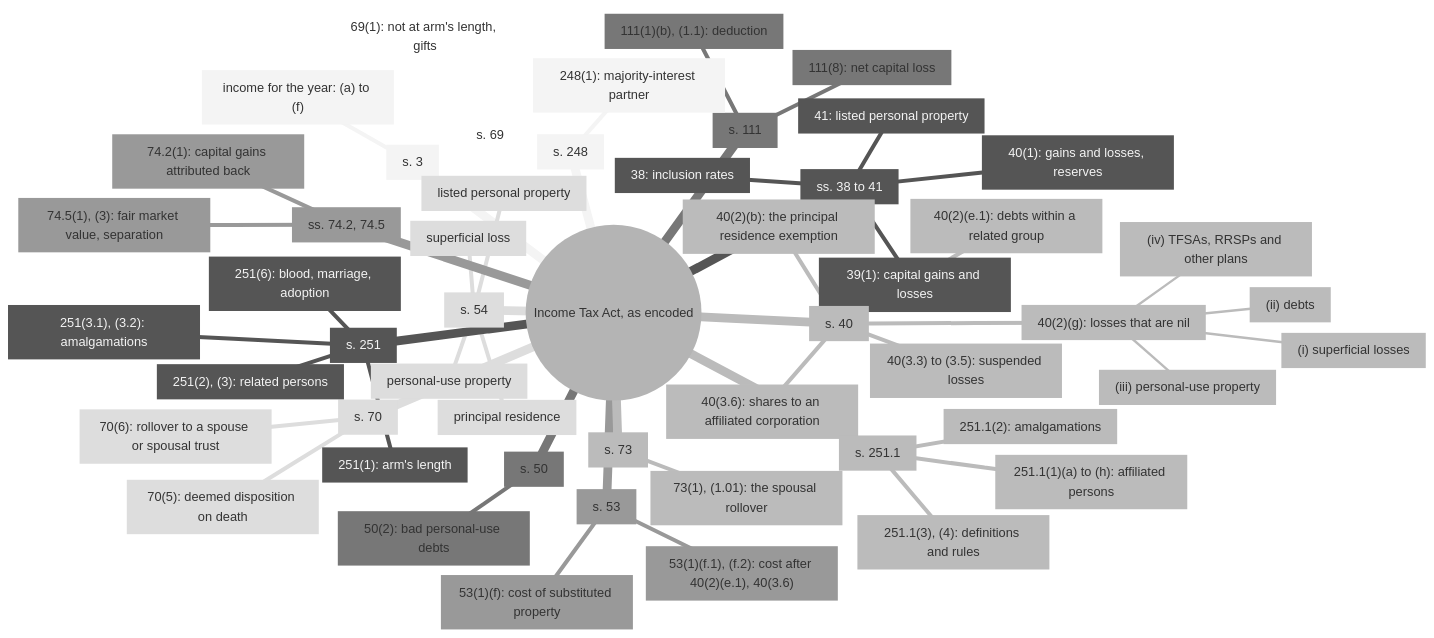
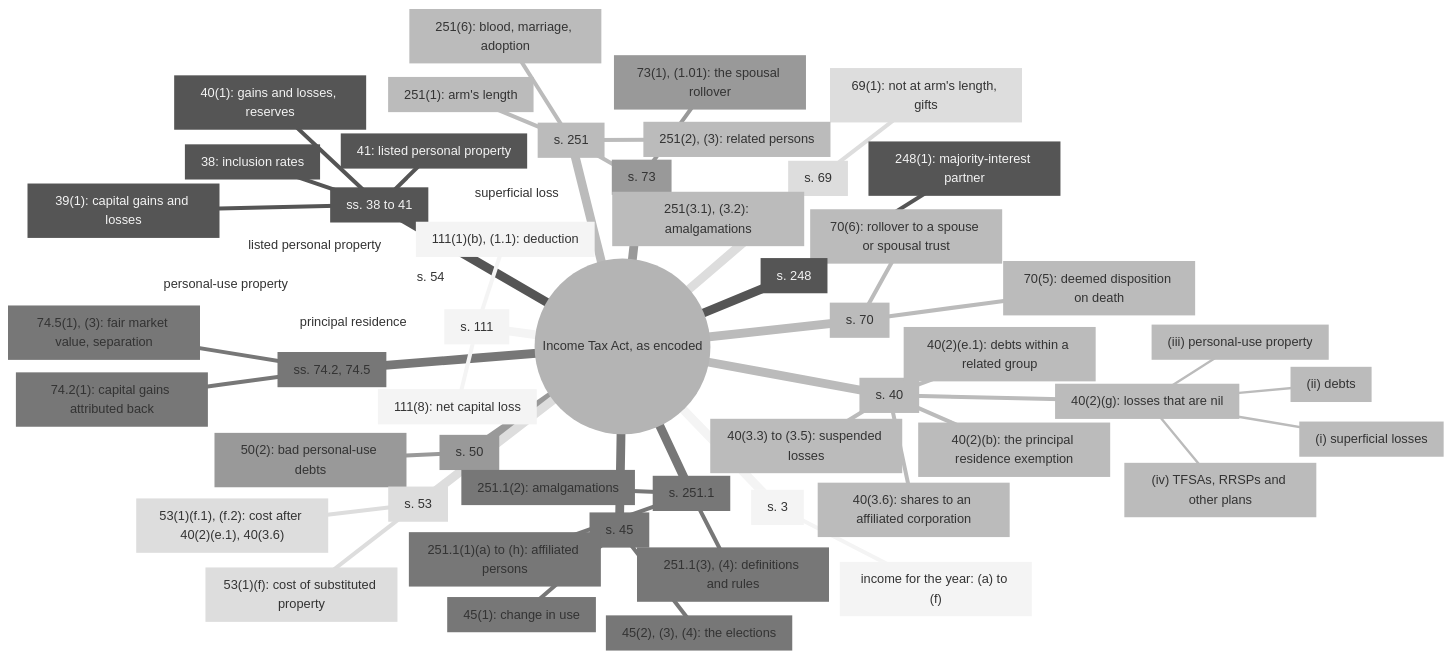
Before and after one commit to SeanWMurray/Canteen: the fourth of 4 diagrams in docs/graphs/dashboard.md, drawn with Mermaid (neutral theme). The commit also changed other lines of this file and 18 other files, not shown here.

First line of the commit message:
Encode change in use: 45(1) to (4), and principal residence (d)

````diff
--- a/docs/graphs/dashboard.md
+++ b/docs/graphs/dashboard.md
@@ -66,55 +66,58 @@
 ```mermaid
 mindmap
   root((Income Tax Act, as encoded))
     n0["`s. 3`"]
       n1["`income for the year: (a) to (f)`"]
     n2["`ss. 38 to 41`"]
       n3["`38: inclusion rates`"]
       n4["`39(1): capital gains and losses`"]
       n5["`40(1): gains and losses, reserves`"]
       n6["`41: listed personal property`"]
     n7["`s. 40`"]
       n8["`40(2)(b): the principal residence exemption`"]
       n9["`40(2)(g): losses that are nil`"]
         n10["`(i) superficial losses`"]
         n11["`(ii) debts`"]
         n12["`(iii) personal-use property`"]
         n13["`(iv) TFSAs, RRSPs and other plans`"]
       n14["`40(2)(e.1): debts within a related group`"]
       n15["`40(3.3) to (3.5): suspended losses`"]
       n16["`40(3.6): shares to an affiliated corporation`"]
-    n17["`s. 50`"]
-      n18["`50(2): bad personal-use debts`"]
-    n19["`s. 53`"]
-      n20["`53(1)(f): cost of substituted property`"]
-      n21["`53(1)(f.1), (f.2): cost after 40(2)(e.1), 40(3.6)`"]
-    n22["`s. 54`"]
-      n23["`superficial loss`"]
-      n24["`principal residence`"]
-      n25["`personal-use property`"]
-      n26["`listed personal property`"]
-    n27["`s. 69`"]
-      n28["`69(1): not at arm's length, gifts`"]
-    n29["`s. 70`"]
-      n30["`70(5): deemed disposition on death`"]
-      n31["`70(6): rollover to a spouse or spousal trust`"]
-    n32["`s. 73`"]
-      n33["`73(1), (1.01): the spousal rollover`"]
-    n34["`ss. 74.2, 74.5`"]
-      n35["`74.2(1): capital gains attributed back`"]
-      n36["`74.5(1), (3): fair market value, separation`"]
-    n37["`s. 111`"]
-      n38["`111(8): net capital loss`"]
-      n39["`111(1)(b), (1.1): deduction`"]
-    n40["`s. 248`"]
-      n41["`248(1): majority-interest partner`"]
-    n42["`s. 251`"]
-      n43["`251(1): arm's length`"]
-      n44["`251(2), (3): related persons`"]
-      n45["`251(3.1), (3.2): amalgamations`"]
-      n46["`251(6): blood, marriage, adoption`"]
-    n47["`s. 251.1`"]
-      n48["`251.1(1)(a) to (h): affiliated persons`"]
-      n49["`251.1(2): amalgamations`"]
-      n50["`251.1(3), (4): definitions and rules`"]
+    n17["`s. 45`"]
+      n18["`45(1): change in use`"]
+      n19["`45(2), (3), (4): the elections`"]
+    n20["`s. 50`"]
+      n21["`50(2): bad personal-use debts`"]
+    n22["`s. 53`"]
+      n23["`53(1)(f): cost of substituted property`"]
+      n24["`53(1)(f.1), (f.2): cost after 40(2)(e.1), 40(3.6)`"]
+    n25["`s. 54`"]
+      n26["`superficial loss`"]
+      n27["`principal residence`"]
+      n28["`personal-use property`"]
+      n29["`listed personal property`"]
+    n30["`s. 69`"]
+      n31["`69(1): not at arm's length, gifts`"]
+    n32["`s. 70`"]
+      n33["`70(5): deemed disposition on death`"]
+      n34["`70(6): rollover to a spouse or spousal trust`"]
+    n35["`s. 73`"]
+      n36["`73(1), (1.01): the spousal rollover`"]
+    n37["`ss. 74.2, 74.5`"]
+      n38["`74.2(1): capital gains attributed back`"]
+      n39["`74.5(1), (3): fair market value, separation`"]
+    n40["`s. 111`"]
+      n41["`111(8): net capital loss`"]
+      n42["`111(1)(b), (1.1): deduction`"]
+    n43["`s. 248`"]
+      n44["`248(1): majority-interest partner`"]
+    n45["`s. 251`"]
+      n46["`251(1): arm's length`"]
+      n47["`251(2), (3): related persons`"]
+      n48["`251(3.1), (3.2): amalgamations`"]
+      n49["`251(6): blood, marriage, adoption`"]
+    n50["`s. 251.1`"]
+      n51["`251.1(1)(a) to (h): affiliated persons`"]
+      n52["`251.1(2): amalgamations`"]
+      n53["`251.1(3), (4): definitions and rules`"]
 ```
````
